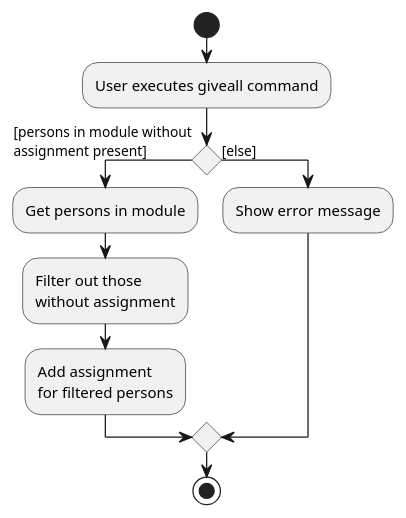
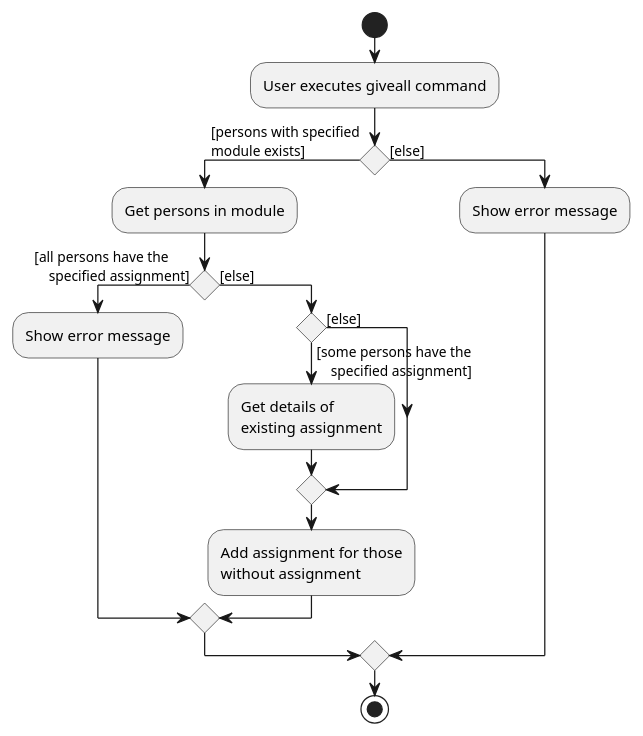
Before and after one commit to qinguorui2001/tp: the diagram in docs/diagrams/GiveAllActivityDiagram.puml, drawn with PlantUML. The commit also changed 6 other files, not shown here.

```diff
--- a/docs/diagrams/GiveAllActivityDiagram.puml
+++ b/docs/diagrams/GiveAllActivityDiagram.puml
@@ -1,19 +1,30 @@
 @startuml
 start
 :User executes giveall command;
 
 'Since the beta syntax does not support placing the condition outside the
 'diamond we place it as the true branch instead.
 
-if () then ([persons in module without
-assignment present])
+if () then ([persons with specified
+module exists])
     :Get persons in module;
-    :Filter out those
+    if () then ([all persons have the
+    specified assignment])
+    :Show error message;
+    else ([else])
+    if () then ([some persons have the
+    specified assignment])
+    :Get details of
+    existing assignment;
+    else ([else])
+
+    endif
+    :Add assignment for those
     without assignment;
-    :Add assignment
-    for filtered persons;
+    endif
+
 else ([else])
     :Show error message;
 endif
 stop
 @enduml
```
